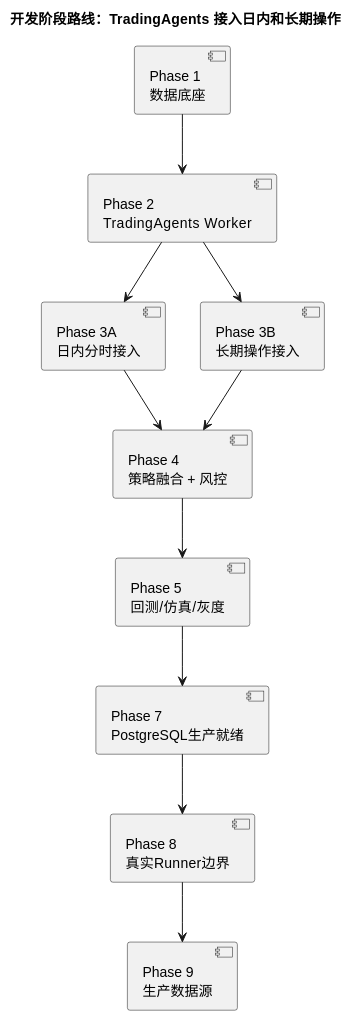
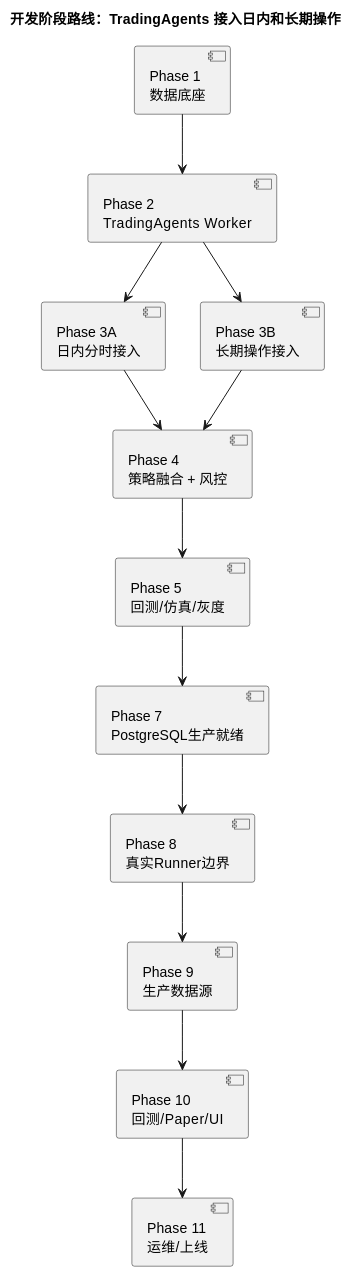
Diagram 16 of 16 in docs/community/info/custom_quant_architecture.md (zhoudirac-C/vnpy), drawn with PlantUML before and after one commit. The commit also changed other lines of this file and 3 other files, not shown here.

````diff
--- a/docs/community/info/custom_quant_architecture.md
+++ b/docs/community/info/custom_quant_architecture.md
@@ -1202,29 +1202,33 @@
 ```plantuml
 @startuml
 title 开发阶段路线：TradingAgents 接入日内和长期操作
 
 skinparam shadowing false
 skinparam packageStyle rectangle
 
 component "Phase 1\n数据底座" as P1
 component "Phase 2\nTradingAgents Worker" as P2
 component "Phase 3A\n日内分时接入" as P3A
 component "Phase 3B\n长期操作接入" as P3B
 component "Phase 4\n策略融合 + 风控" as P4
 component "Phase 5\n回测/仿真/灰度" as P5
 component "Phase 7\nPostgreSQL生产就绪" as P7
 component "Phase 8\n真实Runner边界" as P8
 component "Phase 9\n生产数据源" as P9
+component "Phase 10\n回测/Paper/UI" as P10
+component "Phase 11\n运维/上线" as P11
 
 P1 --> P2
 P2 --> P3A
 P2 --> P3B
 P3A --> P4
 P3B --> P4
 P4 --> P5
 P5 --> P7
 P7 --> P8
 P8 --> P9
+P9 --> P10
+P10 --> P11
 
 @enduml
 ```
````
